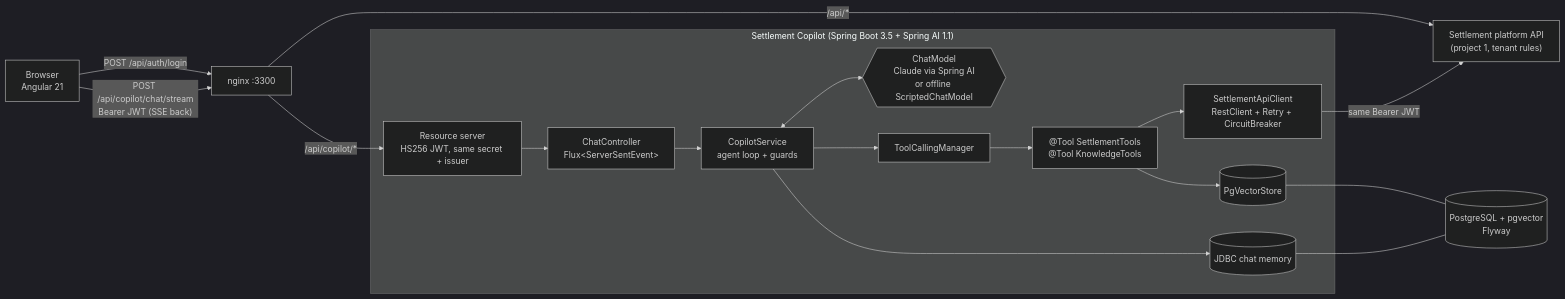
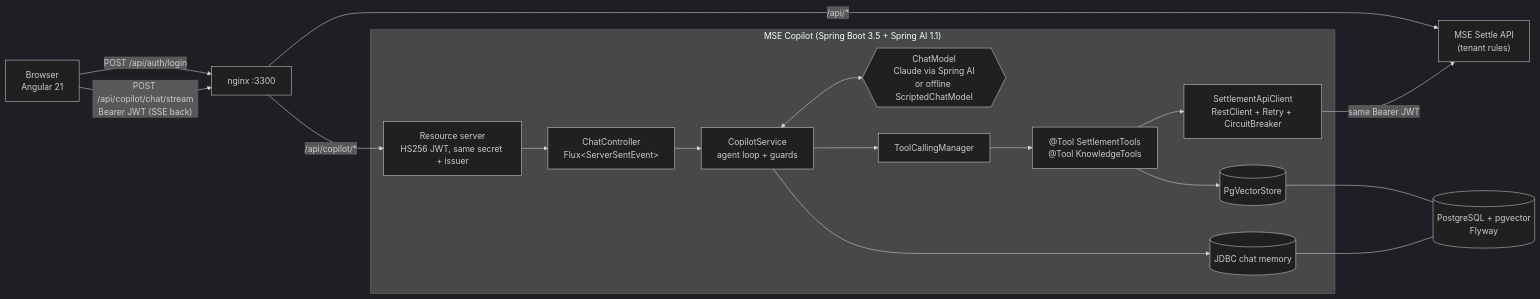
Before and after one commit to AmineBenzaazaa/spring-ai-settlement-copilot: the first of 2 diagrams in README.md, drawn with Mermaid (dark theme). The commit also changed other lines of this file and 6 other files, not shown here.

Commit message:
Rewrite the README as the MSE Copilot product page, with new screenshots and a product overview

````diff
--- a/README.md
+++ b/README.md
@@ -60,21 +89,21 @@
 ```mermaid
 flowchart LR
     B[Browser<br/>Angular 21] -- "POST /api/auth/login" --> N
     B -- "POST /api/copilot/chat/stream<br/>Bearer JWT (SSE back)" --> N[nginx :3300]
     N -- "/api/copilot/*" --> SEC
     N -- "/api/*" --> P1
 
-    subgraph Copilot["Settlement Copilot (Spring Boot 3.5 + Spring AI 1.1)"]
+    subgraph Copilot["MSE Copilot (Spring Boot 3.5 + Spring AI 1.1)"]
         SEC["Resource server<br/>HS256 JWT, same secret + issuer"] --> CTRL[ChatController<br/>Flux&lt;ServerSentEvent&gt;]
         CTRL --> LOOP["CopilotService<br/>agent loop + guards"]
         LOOP <--> MODEL{{"ChatModel<br/>Claude via Spring AI<br/>or offline ScriptedChatModel"}}
         LOOP --> TCM[ToolCallingManager] --> TOOLS["@Tool SettlementTools<br/>@Tool KnowledgeTools"]
         TOOLS --> CLIENT["SettlementApiClient<br/>RestClient + Retry + CircuitBreaker"]
         TOOLS --> VS[(PgVectorStore)]
         LOOP --> MEM[(JDBC chat memory)]
     end
 
-    CLIENT -- "same Bearer JWT" --> P1["Settlement platform API<br/>(project 1, tenant rules)"]
+    CLIENT -- "same Bearer JWT" --> P1["MSE Settle API<br/>(tenant rules)"]
     VS --- PG[(PostgreSQL + pgvector<br/>Flyway)]
     MEM --- PG
 ```
````
